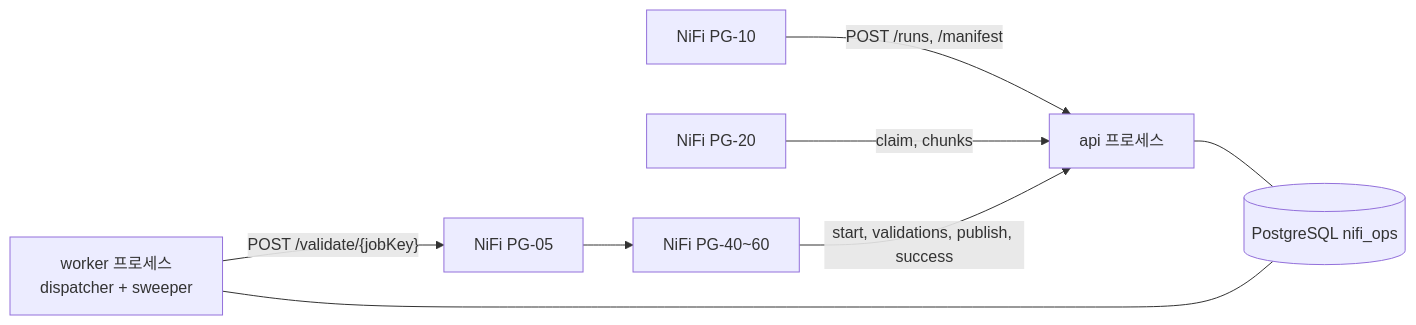
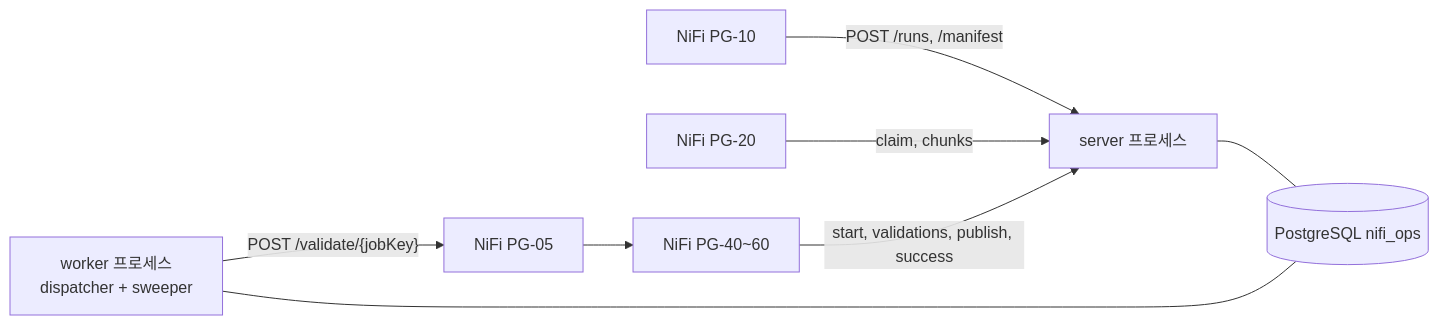
The first of 3 diagrams in load-control-api-design.md (DataDynamics/nifi-sqoop-removal), drawn with Mermaid before and after one commit. The commit also changed other lines of this file and 1 other file, not shown here.

Commit message:
API 설계에 server·worker 역할과 NiFi·server·worker 시퀀스 다이어그램 추가

````diff
--- a/load-control-api-design.md
+++ b/load-control-api-design.md
@@ -21,10 +21,10 @@
 ```mermaid
 flowchart LR
     C[NiFi PG-10] -- "POST /runs, /manifest" --> API
     W[NiFi PG-20] -- "claim, chunks" --> API
-    API[api 프로세스] --- DB[(PostgreSQL nifi_ops)]
+    API[server 프로세스] --- DB[(PostgreSQL nifi_ops)]
     WK[worker 프로세스<br/>dispatcher + sweeper] --- DB
     WK -- "POST /validate/{jobKey}" --> R[NiFi PG-05]
     R --> V[NiFi PG-40~60]
     V -- "start, validations, publish, success" --> API
 ```
````
